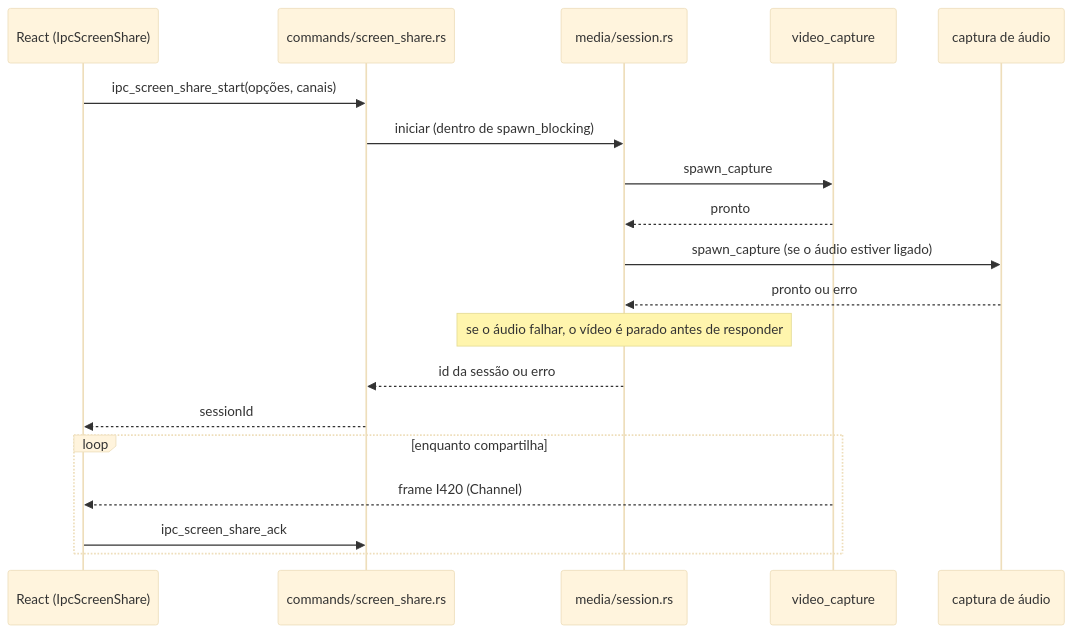
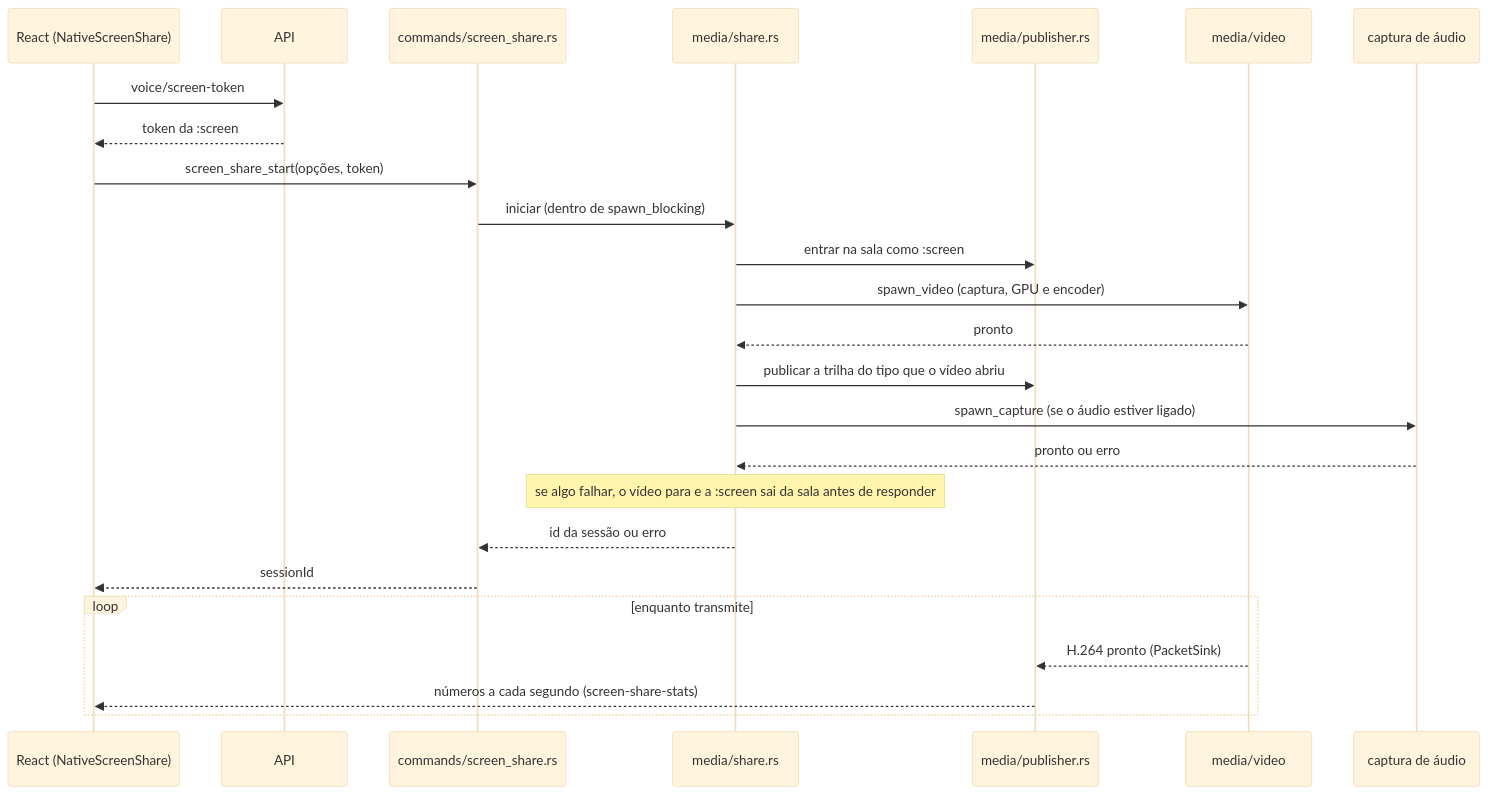
Before and after one commit to gustavo99g/ashtar: the second of 2 diagrams in ARCHITECTURE.md, drawn with Mermaid (base theme). The commit also changed other lines of this file and 2 other files, not shown here.

````diff
--- a/ARCHITECTURE.md
+++ b/ARCHITECTURE.md
@@ -145,21 +161,27 @@
 ```mermaid
 sequenceDiagram
-  participant UI as React (IpcScreenShare)
+  participant UI as React (NativeScreenShare)
+  participant API as API
   participant C as commands/screen_share.rs
-  participant S as media/session.rs
-  participant V as video_capture
+  participant S as media/share.rs
+  participant P as media/publisher.rs
+  participant V as media/video
   participant A as captura de áudio
-  UI->>C: ipc_screen_share_start(opções, canais)
+  UI->>API: voice/screen-token
+  API-->>UI: token da :screen
+  UI->>C: screen_share_start(opções, token)
   C->>S: iniciar (dentro de spawn_blocking)
-  S->>V: spawn_capture
+  S->>P: entrar na sala como :screen
+  S->>V: spawn_video (captura, GPU e encoder)
   V-->>S: pronto
+  S->>P: publicar a trilha do tipo que o vídeo abriu
   S->>A: spawn_capture (se o áudio estiver ligado)
   A-->>S: pronto ou erro
-  Note over S: se o áudio falhar, o vídeo é parado antes de responder
+  Note over S: se algo falhar, o vídeo para e a :screen sai da sala antes de responder
   S-->>C: id da sessão ou erro
   C-->>UI: sessionId
-  loop enquanto compartilha
-    V-->>UI: frame I420 (Channel)
-    UI->>C: ipc_screen_share_ack
+  loop enquanto transmite
+    V-->>P: H.264 pronto (PacketSink)
+    P-->>UI: números a cada segundo (screen-share-stats)
   end
 ```
````
